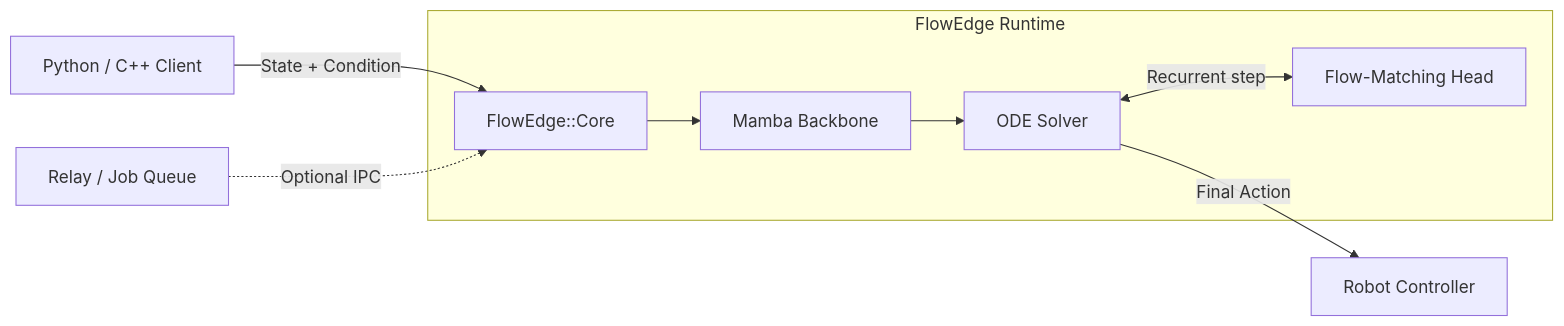
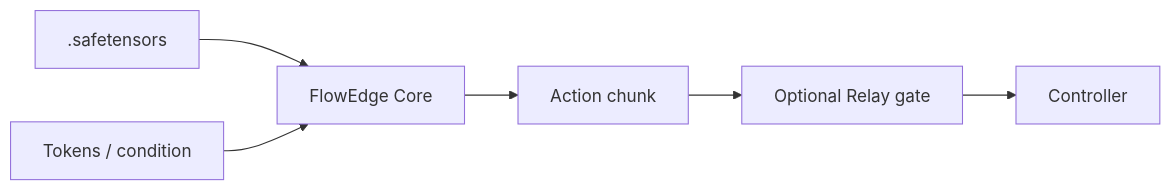
Before and after one commit to elprofesoriqo/FlowEdge: the first of 2 diagrams in README.md, drawn with Mermaid. The commit also changed other lines of this file and 16 other files, not shown here.

````diff
--- a/README.md
+++ b/README.md
@@ -116,11 +41,8 @@
 ```mermaid
 flowchart LR
-    Client[Python / C++ Client] -->|State + Condition| Core[FlowEdge::Core]
-    subgraph Engine [FlowEdge Runtime]
-        Core --> Backbone[Mamba Backbone]
-        Backbone --> Solver[ODE Solver]
-        Solver <-->|Recurrent step| Head[Flow-Matching Head]
-    end
-    Solver -->|Final Action| Output[Robot Controller]
-    Relay[Relay / Job Queue] -.->|Optional IPC| Core
+  Model[.safetensors] --> Core[FlowEdge Core]
+  Input[Tokens / condition] --> Core
+  Core --> Action[Action chunk]
+  Action --> Gate[Optional Relay gate]
+  Gate --> Robot[Controller]
 ```
````
